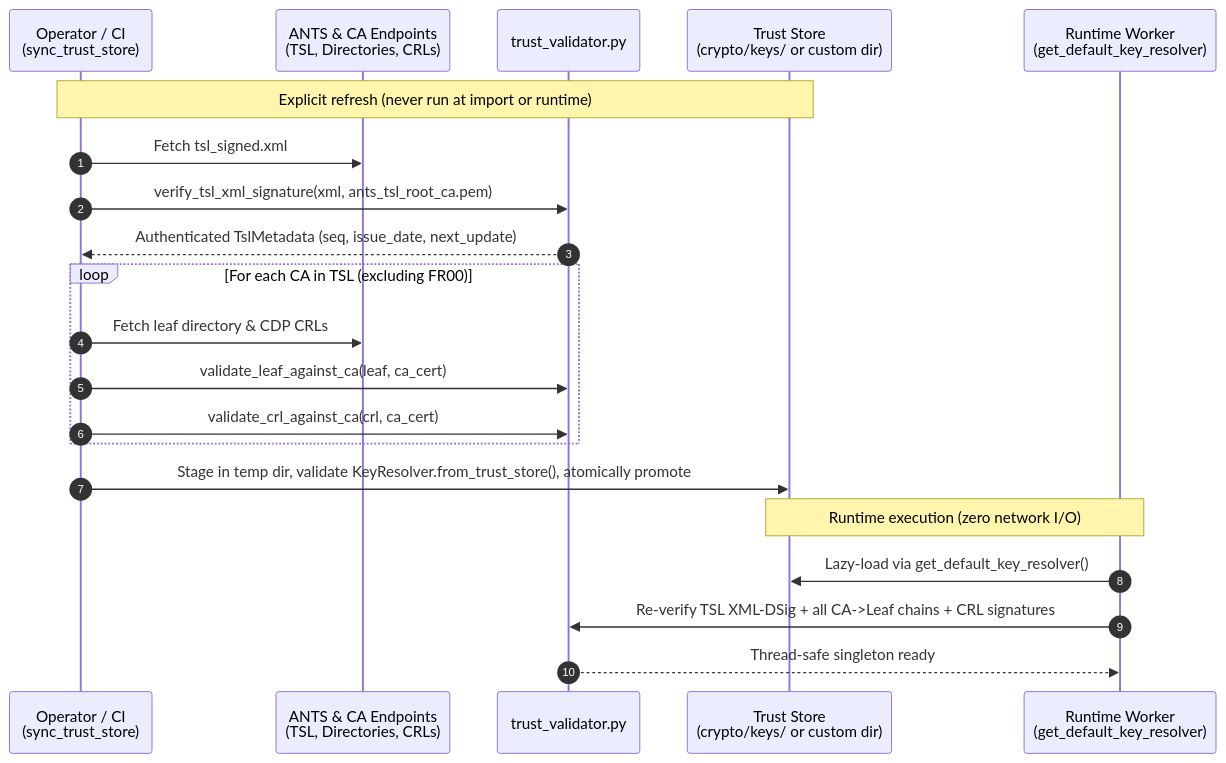
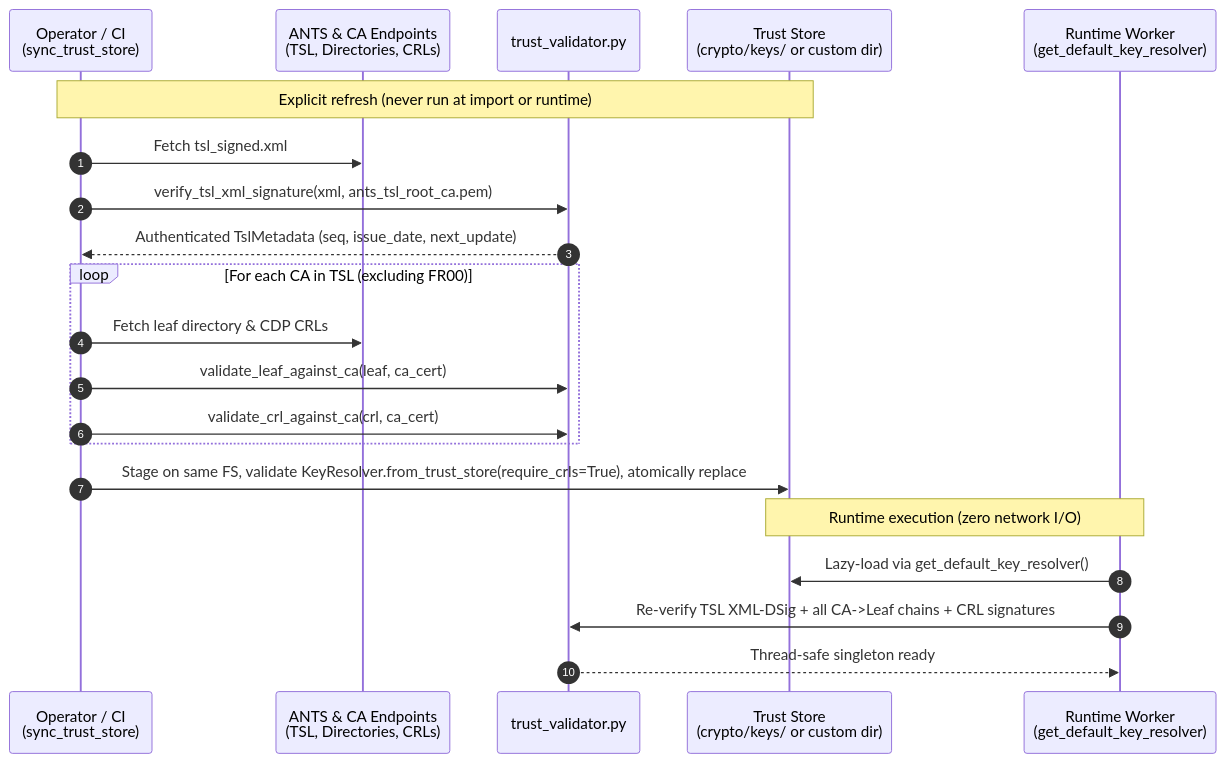
Before and after one commit to betagouv/2ddoc-parser: the first of 2 diagrams in docs/PKI_TRUST_ARCHITECTURE.md, drawn with Mermaid. The commit also changed other lines of this file and 6 other files, not shown here.

````diff
--- a/docs/PKI_TRUST_ARCHITECTURE.md
+++ b/docs/PKI_TRUST_ARCHITECTURE.md
@@ -38,25 +38,25 @@
 ```mermaid
 sequenceDiagram
     autonumber
     participant Ops as Operator / CI<br/>(sync_trust_store)
     participant ANTS as ANTS & CA Endpoints<br/>(TSL, Directories, CRLs)
     participant Val as trust_validator.py
     participant Store as Trust Store<br/>(crypto/keys/ or custom dir)
     participant Runtime as Runtime Worker<br/>(get_default_key_resolver)
 
     Note over Ops,Store: Explicit refresh (never run at import or runtime)
     Ops->>ANTS: Fetch tsl_signed.xml
     Ops->>Val: verify_tsl_xml_signature(xml, ants_tsl_root_ca.pem)
     Val-->>Ops: Authenticated TslMetadata (seq, issue_date, next_update)
     loop For each CA in TSL (excluding FR00)
         Ops->>ANTS: Fetch leaf directory & CDP CRLs
         Ops->>Val: validate_leaf_against_ca(leaf, ca_cert)
         Ops->>Val: validate_crl_against_ca(crl, ca_cert)
     end
-    Ops->>Store: Stage in temp dir, validate KeyResolver.from_trust_store(), atomically promote
+    Ops->>Store: Stage on same FS, validate KeyResolver.from_trust_store(require_crls=True), atomically replace
 
     Note over Store,Runtime: Runtime execution (zero network I/O)
     Runtime->>Store: Lazy-load via get_default_key_resolver()
     Runtime->>Val: Re-verify TSL XML-DSig + all CA->Leaf chains + CRL signatures
     Val-->>Runtime: Thread-safe singleton ready
 ```
````
